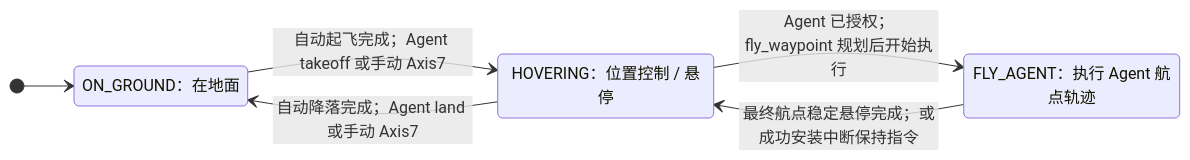
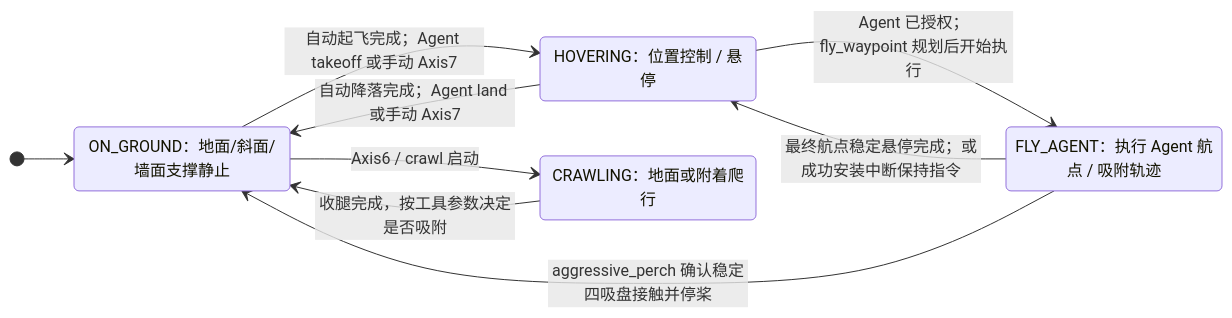
Before and after one commit to Coolmint417/agentic_mmuav: the third of 5 diagrams in docs/architecture.md, drawn with Mermaid. The commit also changed other lines of this file and 25 other files, not shown here.

````diff
--- a/docs/architecture.md
+++ b/docs/architecture.md
@@ -98,13 +98,17 @@
 ```mermaid
 stateDiagram-v2
     direction LR
-    state "ON_GROUND：在地面" as GROUND
+    state "ON_GROUND：地面/斜面/墙面支撑静止" as GROUND
     state "HOVERING：位置控制 / 悬停" as HOVER
-    state "FLY_AGENT：执行 Agent 航点轨迹" as FLY
+    state "FLY_AGENT：执行 Agent 航点 / 吸附轨迹" as FLY
+    state "CRAWLING：地面或附着爬行" as CRAWL
 
     [*] --> GROUND
     GROUND --> HOVER: 自动起飞完成；Agent takeoff 或手动 Axis7
     HOVER --> GROUND: 自动降落完成；Agent land 或手动 Axis7
     HOVER --> FLY: Agent 已授权；fly_waypoint 规划后开始执行
     FLY --> HOVER: 最终航点稳定悬停完成；或成功安装中断保持指令
+    GROUND --> CRAWL: Axis6 / crawl 启动
+    CRAWL --> GROUND: 收腿完成，按工具参数决定是否吸附
+    FLY --> GROUND: aggressive_perch 确认稳定四吸盘接触并停桨
 ```
````
